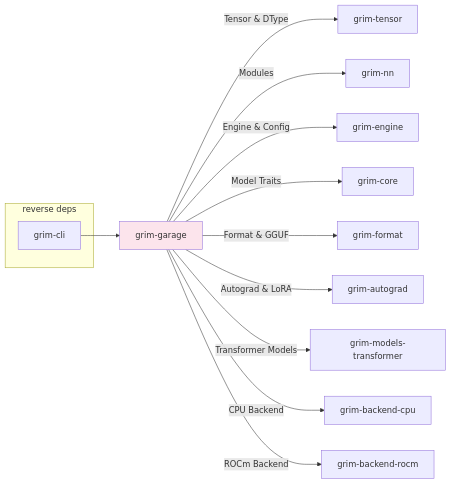
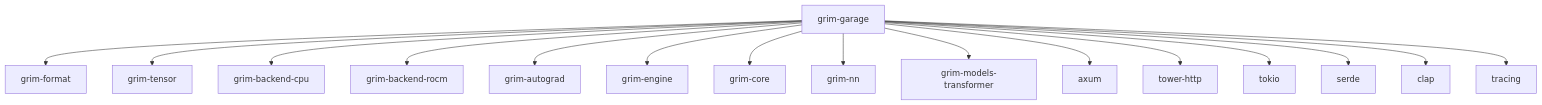
One commit to sydonayrex/grim changed the diagram in crates/grim-garage/README.md. Above: the diagram before and after it, drawn with Mermaid. The commit also changed other lines of this file and 53 other files, not shown here.

````diff
--- a/crates/grim-garage/README.md
+++ b/crates/grim-garage/README.md
@@ -30,20 +13,19 @@
 ```mermaid
-graph LR
-    A[grim-garage] -->|Tensor & DType| B[grim-tensor]
-    A -->|Modules| C[grim-nn]
-    A -->|Engine & Config| D[grim-engine]
-    A -->|Model Traits| E[grim-core]
-    A -->|Format & GGUF| F[grim-format]
-    A -->|Autograd & LoRA| G[grim-autograd]
-    A -->|Transformer Models| H[grim-models-transformer]
-    A -->|CPU Backend| I[grim-backend-cpu]
-    A -->|ROCm Backend| J[grim-backend-rocm]
+graph TD
+    grim-garage --> grim-format
+    grim-garage --> grim-tensor
+    grim-garage --> grim-backend-cpu
+    grim-garage --> grim-backend-rocm
+    grim-garage --> grim-autograd
+    grim-garage --> grim-engine
+    grim-garage --> grim-core
+    grim-garage --> grim-nn
+    grim-garage --> grim-models-transformer
 
-    subgraph "reverse deps"
-        K1[grim-cli]
-    end
-
-    K1 --> A
-
-    style A fill:#fce4ec
+    grim-garage --> axum
+    grim-garage --> tower-http
+    grim-garage --> tokio
+    grim-garage --> serde
+    grim-garage --> clap
+    grim-garage --> tracing
 ```
````
